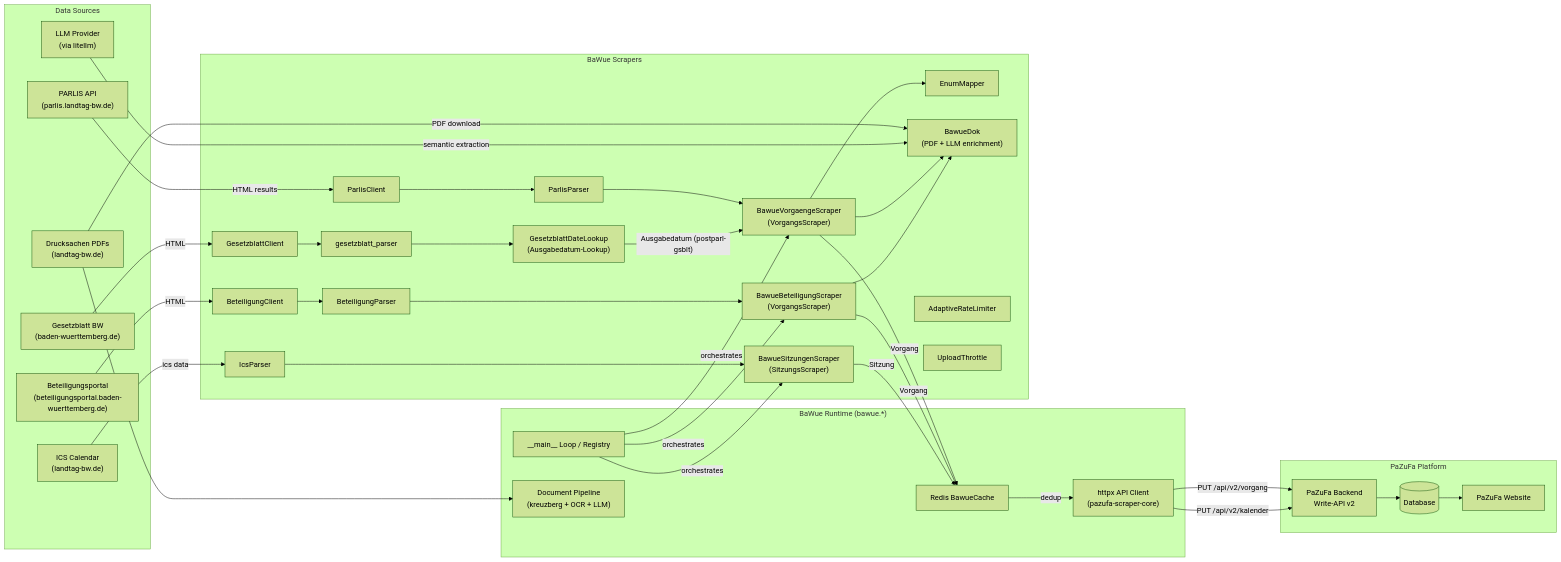
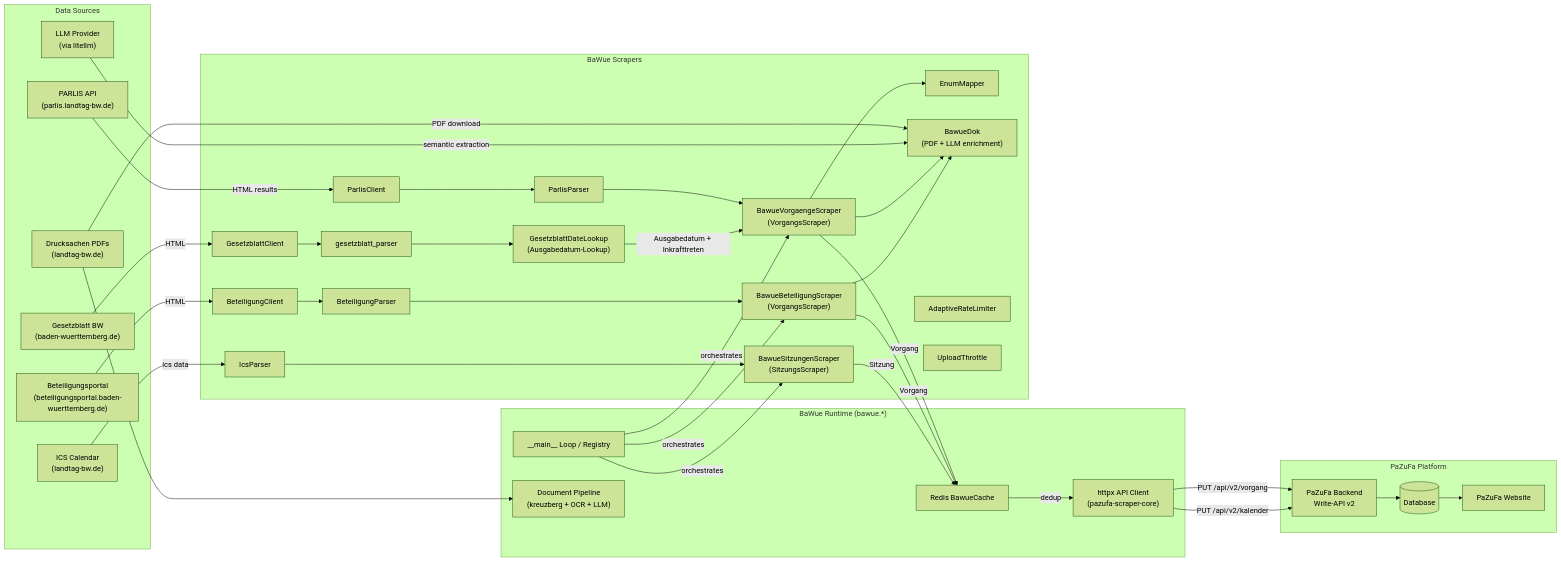
The first of 4 diagrams in docs/architecture.md (Parlamentszusammenfasser/pazufa-scraper-bw), drawn with Mermaid (forest theme) before and after one commit. The commit also changed other lines of this file, not shown here.

Commit message:
docs: the Gesetzblatt also supplies postparl-kraft
Refs #130

````diff
--- a/docs/architecture.md
+++ b/docs/architecture.md
@@ -19,68 +19,68 @@
 ```mermaid
 graph LR
     subgraph "Data Sources"
         PARLIS["PARLIS API<br/>(parlis.landtag-bw.de)"]
         PDFs["Drucksachen PDFs<br/>(landtag-bw.de)"]
         BetPortal["Beteiligungsportal<br/>(beteiligungsportal.baden-wuerttemberg.de)"]
         ICSFeed["ICS Calendar<br/>(landtag-bw.de)"]
         GBlFeed["Gesetzblatt BW<br/>(baden-wuerttemberg.de)"]
         LLMProvider["LLM Provider<br/>(via litellm)"]
     end
 
     subgraph "BaWue Runtime (bawue.*)"
         Runner["__main__ Loop / Registry"]
         Cache["Redis BawueCache"]
         APIClient["httpx API Client<br/>(pazufa-scraper-core)"]
         DocPipeline["Document Pipeline<br/>(kreuzberg + OCR + LLM)"]
     end
 
     subgraph "BaWue Scrapers"
         BVS["BawueVorgaengeScraper<br/>(VorgangsScraper)"]
         BBS["BawueBeteiligungScraper<br/>(VorgangsScraper)"]
         BSS["BawueSitzungenScraper<br/>(SitzungsScraper)"]
         ICS["IcsParser"]
         PC["ParlisClient"]
         PP["ParlisParser"]
         EM["EnumMapper"]
         BC["BeteiligungClient"]
         BP["BeteiligungParser"]
         GBL["GesetzblattDateLookup<br/>(Ausgabedatum-Lookup)"]
         GBC["GesetzblattClient"]
         GBP["gesetzblatt_parser"]
         BDK["BawueDok<br/>(PDF + LLM enrichment)"]
         RL["AdaptiveRateLimiter"]
         UT["UploadThrottle"]
     end
 
     subgraph "PaZuFa Platform"
         API["PaZuFa Backend<br/>Write-API v2"]
         DB[(Database)]
         Web["PaZuFa Website"]
     end
 
     PARLIS -->|" HTML results "| PC
     PC --> PP --> BVS
     BVS --> EM
     BetPortal -->|" HTML "| BC
     BC --> BP --> BBS
     GBlFeed -->|" HTML "| GBC
     GBC --> GBP --> GBL
     Runner -->|" orchestrates "| BVS
     Runner -->|" orchestrates "| BBS
     Runner -->|" orchestrates "| BSS
     BVS -->|" Vorgang "| Cache
     BBS -->|" Vorgang "| Cache
     BSS -->|" Sitzung "| Cache
-    GBL -->|" Ausgabedatum (postparl-gsblt) "| BVS
+    GBL -->|" Ausgabedatum + Inkrafttreten "| BVS
     Cache -->|" dedup "| APIClient
     APIClient -->|" PUT /api/v2/vorgang "| API
     APIClient -->|" PUT /api/v2/kalender "| API
     PDFs --> DocPipeline
     PDFs -->|" PDF download "| BDK
     LLMProvider -->|" semantic extraction "| BDK
     BVS --> BDK
     BBS --> BDK
     ICSFeed -->|" ics data "| ICS --> BSS
     API --> DB
     DB --> Web
 ```
````
